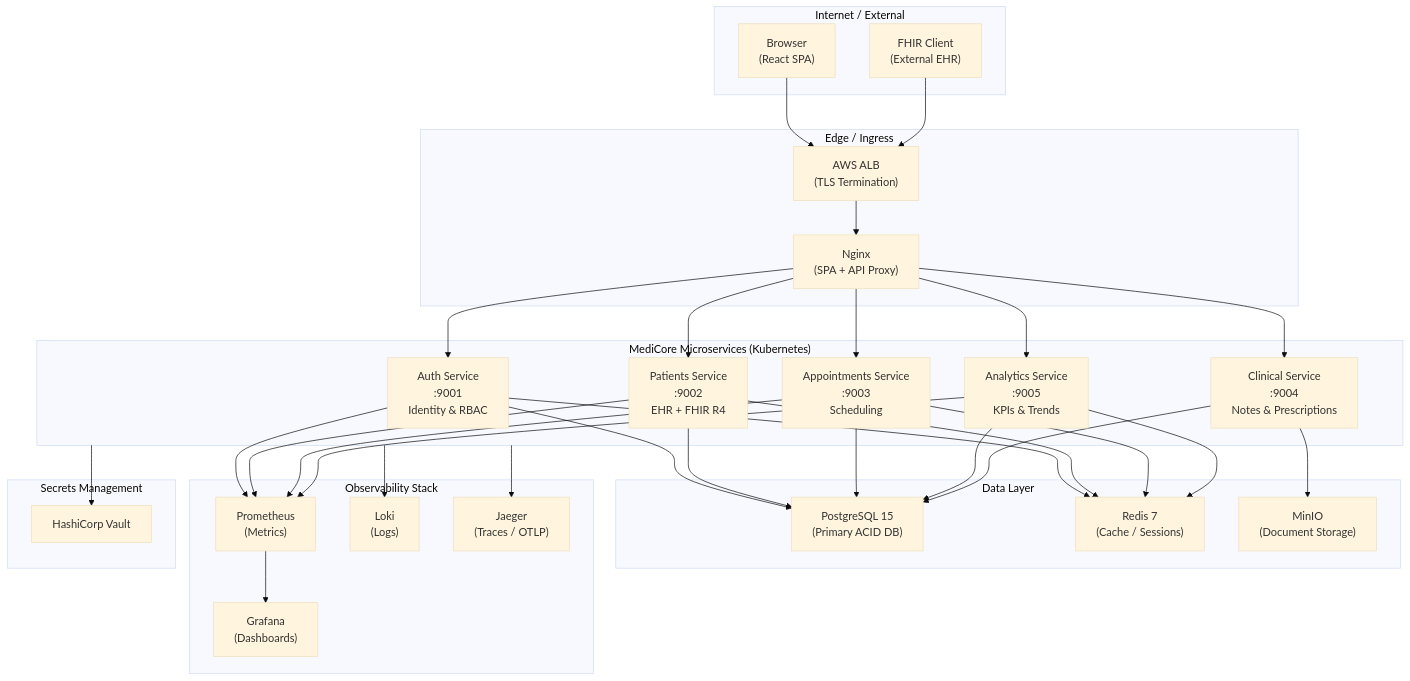
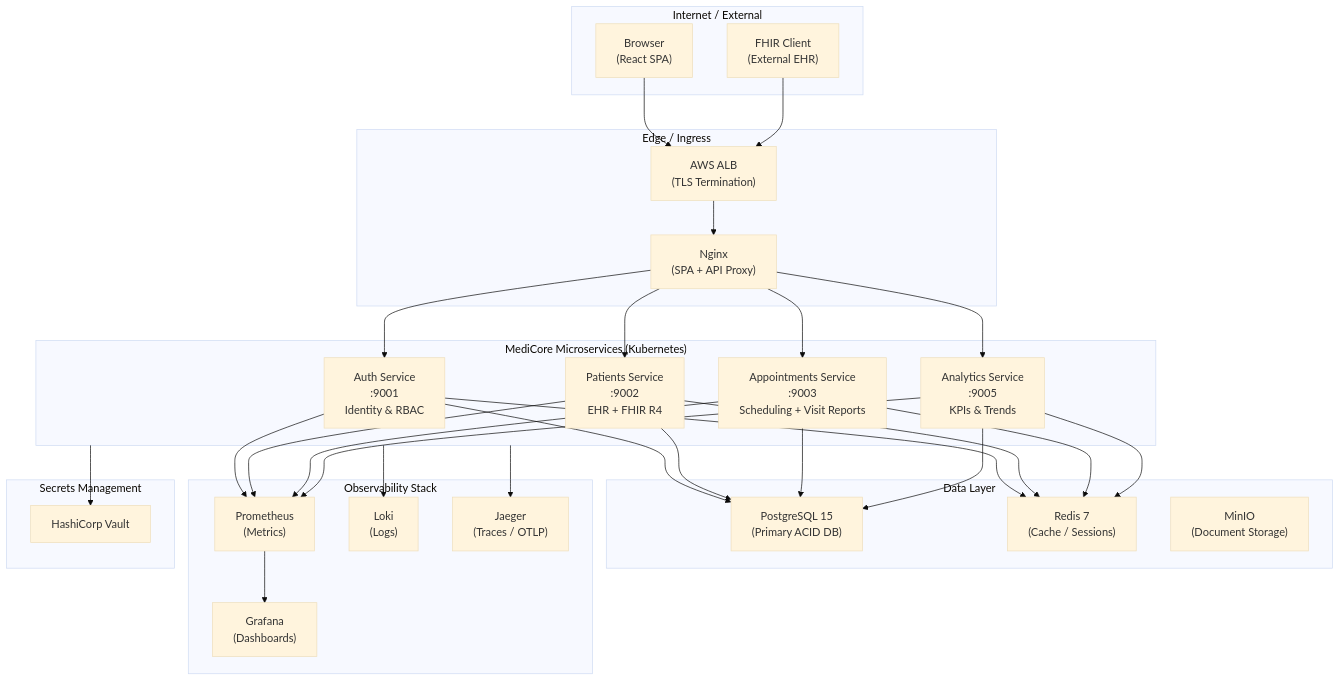
Before and after one commit to Skillfyme-R/DevOps-Capstone-Projects: the first of 7 diagrams in Project 3/README.md, drawn with Mermaid (base theme). The commit also changed other lines of this file and 20 other files, not shown here.

````diff
--- a/Project 3/README.md
+++ b/Project 3/README.md
@@ -145,66 +148,62 @@
 ```mermaid
 flowchart TB
     subgraph Internet["Internet / External"]
         Browser["Browser\n(React SPA)"]
         FHIR_Client["FHIR Client\n(External EHR)"]
     end
 
     subgraph Edge["Edge / Ingress"]
         ALB["AWS ALB\n(TLS Termination)"]
         Nginx["Nginx\n(SPA + API Proxy)"]
     end
 
     subgraph Services["MediCore Microservices (Kubernetes)"]
         Auth["Auth Service\n:9001\nIdentity & RBAC"]
         Patients["Patients Service\n:9002\nEHR + FHIR R4"]
-        Appointments["Appointments Service\n:9003\nScheduling"]
-        Clinical["Clinical Service\n:9004\nNotes & Prescriptions"]
+        Appointments["Appointments Service\n:9003\nScheduling + Visit Reports"]
         Analytics["Analytics Service\n:9005\nKPIs & Trends"]
     end
 
     subgraph Data["Data Layer"]
         PG["PostgreSQL 15\n(Primary ACID DB)"]
         Redis["Redis 7\n(Cache / Sessions)"]
         MinIO["MinIO\n(Document Storage)"]
     end
 
     subgraph Observability["Observability Stack"]
         Prometheus["Prometheus\n(Metrics)"]
         Grafana["Grafana\n(Dashboards)"]
         Loki["Loki\n(Logs)"]
         Jaeger["Jaeger\n(Traces / OTLP)"]
     end
 
     subgraph Secrets["Secrets Management"]
         Vault["HashiCorp Vault"]
     end
 
     Browser --> ALB --> Nginx
     FHIR_Client --> ALB
     Nginx --> Auth
     Nginx --> Patients
     Nginx --> Appointments
     Nginx --> Analytics
-    Nginx --> Clinical
 
     Auth --> PG
     Auth --> Redis
     Patients --> PG
     Patients --> Redis
     Appointments --> PG
     Appointments --> Redis
     Analytics --> PG
     Analytics --> Redis
-    Clinical --> PG
-    Clinical --> MinIO
 
     Auth --> Prometheus
     Patients --> Prometheus
     Appointments --> Prometheus
     Analytics --> Prometheus
     Prometheus --> Grafana
     Services --> Loki
     Services --> Jaeger
 
     Services --> Vault
 ```
````
